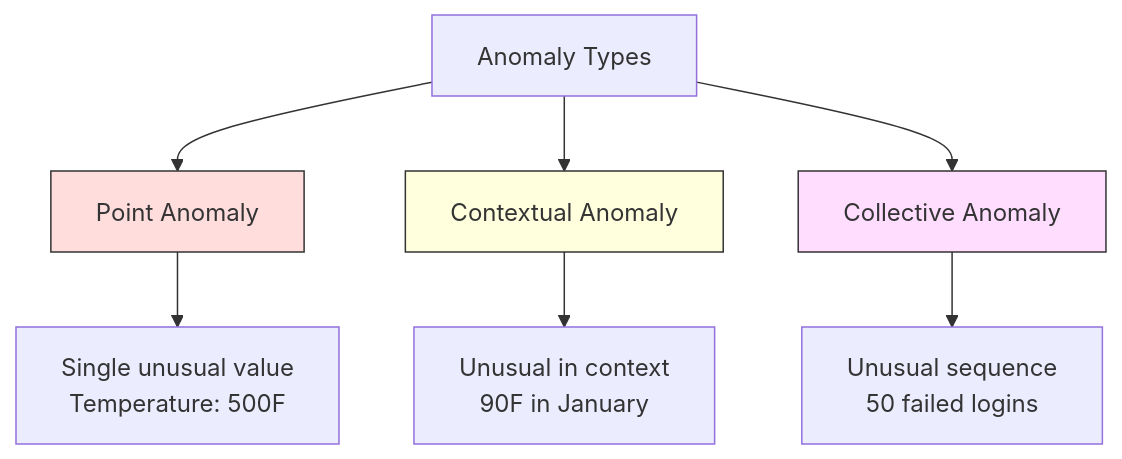
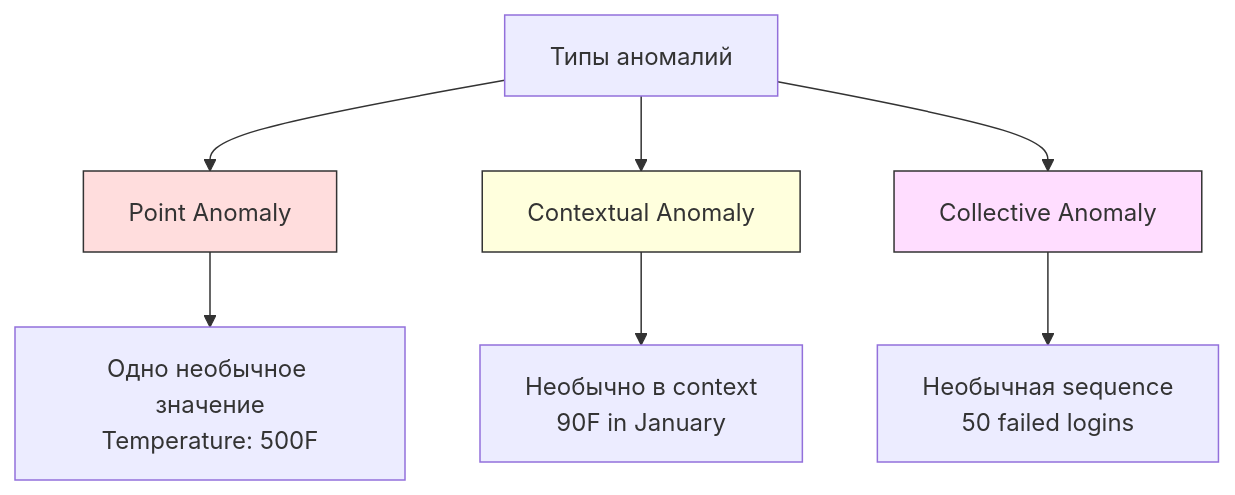
One commit to stabuev/ai-engineering-from-scratch changed the first of 3 diagrams in phases/02-ml-fundamentals/16-anomaly-detection/docs/ru.md. Above: the diagram before and after it, drawn with Mermaid. The commit also changed other lines of this file and 22 other files, not shown here.

````diff
--- a/phases/02-ml-fundamentals/16-anomaly-detection/docs/ru.md
+++ b/phases/02-ml-fundamentals/16-anomaly-detection/docs/ru.md
@@ -39,14 +39,14 @@
 ```mermaid
 flowchart TD
-    A[Anomaly Types] --> B[Point Anomaly]
+    A[Типы аномалий] --> B[Point Anomaly]
     A --> C[Contextual Anomaly]
     A --> D[Collective Anomaly]
 
-    B --> B1["Single unusual value<br/>Temperature: 500F"]
-    C --> C1["Unusual in context<br/>90F in January"]
-    D --> D1["Unusual sequence<br/>50 failed logins"]
+    B --> B1["Одно необычное значение<br/>Temperature: 500F"]
+    C --> C1["Необычно в context<br/>90F in January"]
+    D --> D1["Необычная sequence<br/>50 failed logins"]
 
     style B fill:#fdd,stroke:#333
     style C fill:#ffd,stroke:#333
     style D fill:#fdf,stroke:#333
 ```
````
